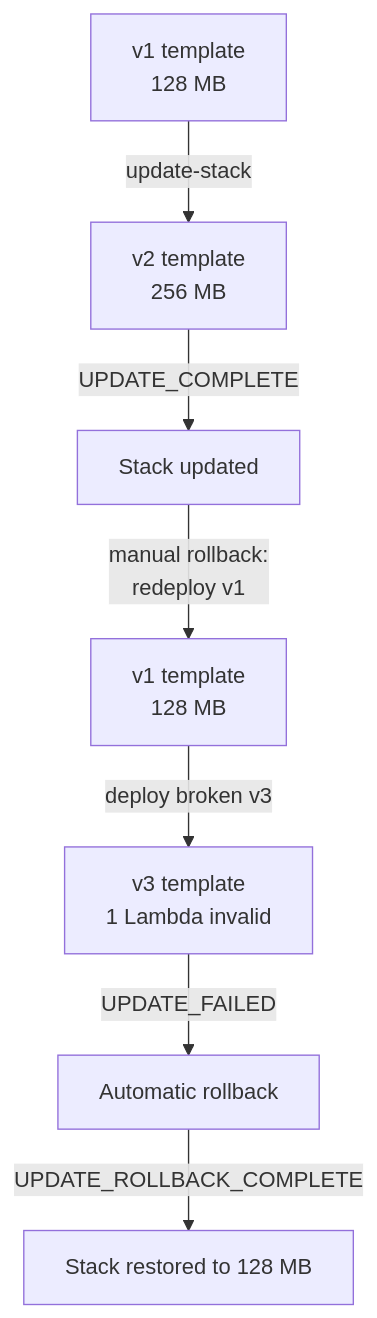
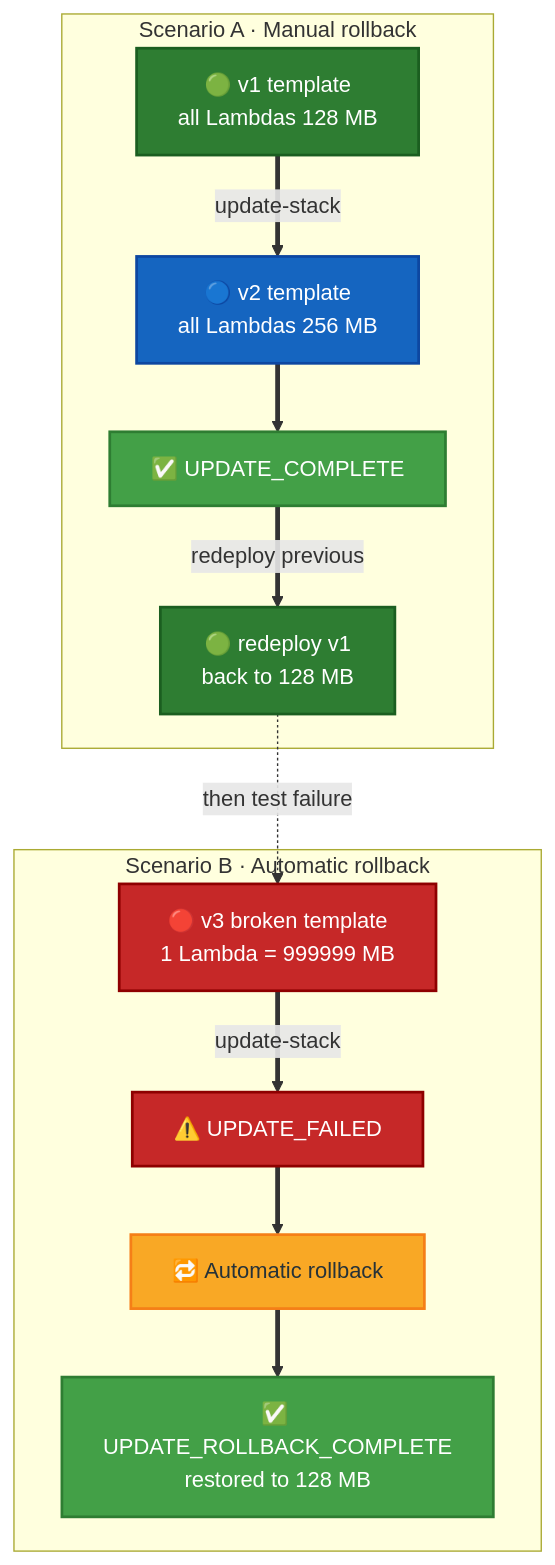
One commit to abhi-achar/aws-hands-on-training changed the diagram in week2/task4-deployment-rollback/README.md. Above: the diagram before and after it, drawn with Mermaid. The commit also changed 9 other files, not shown here.

Commit message:
docs: enhance architecture diagrams with AWS color-coding and detail

````diff
--- a/week2/task4-deployment-rollback/README.md
+++ b/week2/task4-deployment-rollback/README.md
@@ -14,9 +14,27 @@
 ```mermaid
 flowchart TD
-    V1["v1 template<br/>128 MB"] -- "update-stack" --> V2["v2 template<br/>256 MB"]
-    V2 -- "UPDATE_COMPLETE" --> Deployed["Stack updated"]
-    Deployed -- "manual rollback:<br/>redeploy v1" --> V1back["v1 template<br/>128 MB"]
-    V1back -- "deploy broken v3" --> Broken["v3 template<br/>1 Lambda invalid"]
-    Broken -- "UPDATE_FAILED" --> AutoRB["Automatic rollback"]
-    AutoRB -- "UPDATE_ROLLBACK_COMPLETE" --> Restored["Stack restored to 128 MB"]
+    V1["🟢 v1 template<br/>all Lambdas 128 MB"]:::good
+    V2["🔵 v2 template<br/>all Lambdas 256 MB"]:::change
+    Deployed["✅ UPDATE_COMPLETE"]:::success
+    V1back["🟢 redeploy v1<br/>back to 128 MB"]:::good
+    Broken["🔴 v3 broken template<br/>1 Lambda = 999999 MB"]:::fail
+    Failed["⚠️ UPDATE_FAILED"]:::fail
+    AutoRB["🔁 Automatic rollback"]:::rollback
+    Restored["✅ UPDATE_ROLLBACK_COMPLETE<br/>restored to 128 MB"]:::success
+
+    subgraph ScenarioA["Scenario A · Manual rollback"]
+        V1 ==>|"update-stack"| V2 ==> Deployed
+        Deployed ==>|"redeploy previous"| V1back
+    end
+    subgraph ScenarioB["Scenario B · Automatic rollback"]
+        Broken ==>|"update-stack"| Failed
+        Failed ==> AutoRB ==> Restored
+    end
+    V1back -.->|"then test failure"| Broken
+
+    classDef good fill:#2E7D32,stroke:#1B5E20,stroke-width:2px,color:#ffffff
+    classDef change fill:#1565C0,stroke:#0D47A1,stroke-width:2px,color:#ffffff
+    classDef success fill:#43A047,stroke:#2E7D32,stroke-width:2px,color:#ffffff
+    classDef fail fill:#C62828,stroke:#8E0000,stroke-width:2px,color:#ffffff
+    classDef rollback fill:#F9A825,stroke:#F57F17,stroke-width:2px,color:#263238
 ```
````
